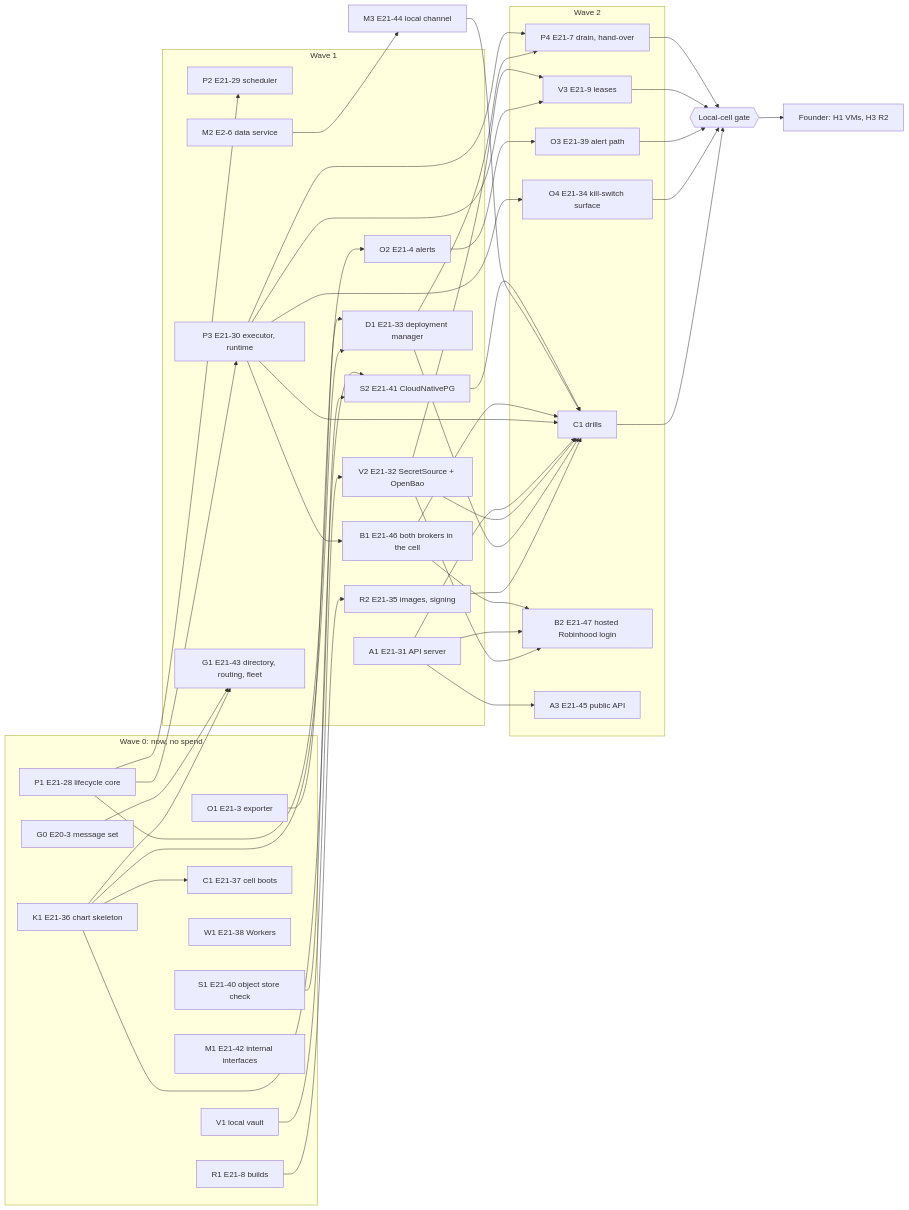
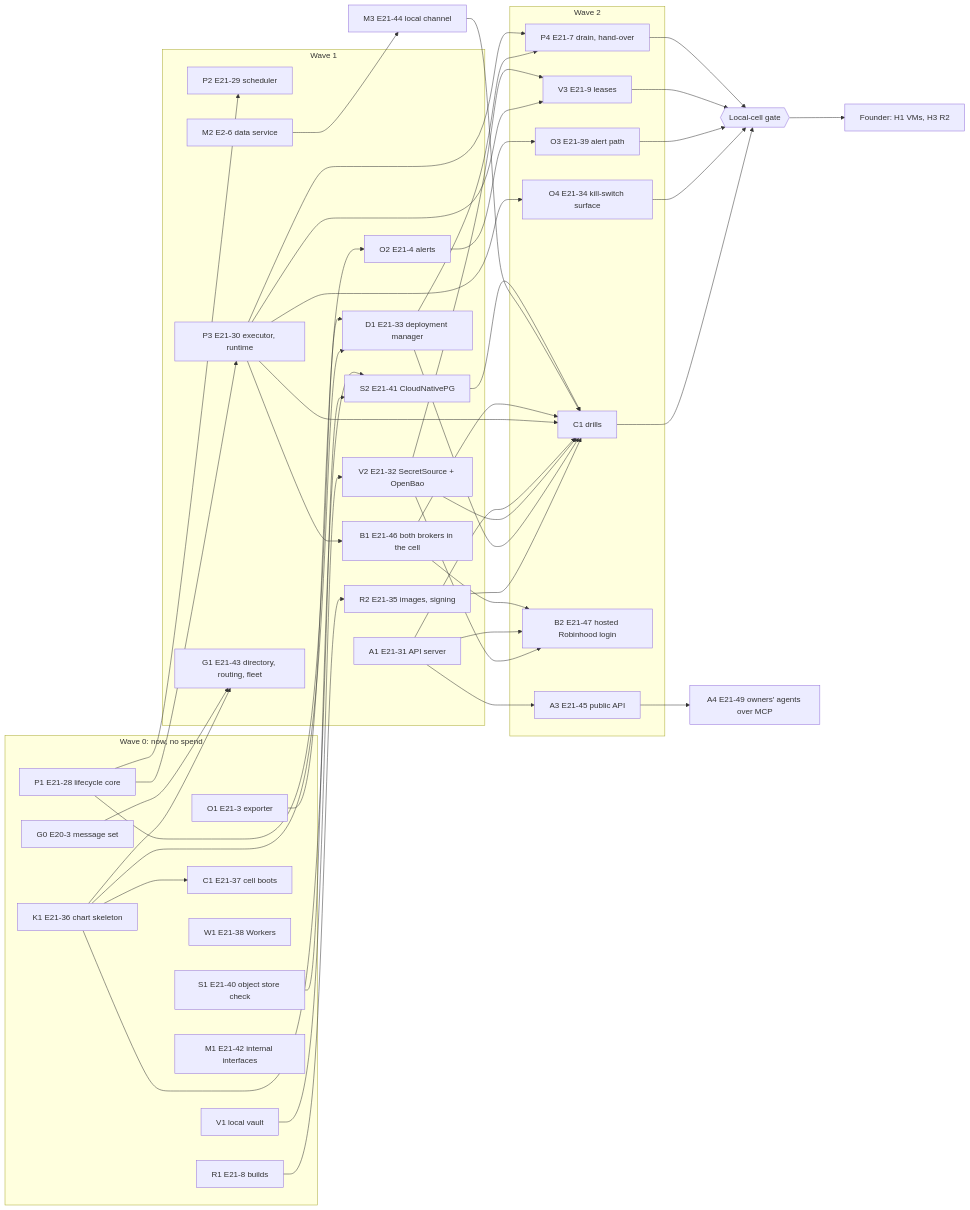
One commit to kunwarshivam/mandate changed the diagram in docs/project/tasks/managed-cells.md. Above: the diagram before and after it, drawn with Mermaid. The commit also changed other lines of this file and 3 other files, not shown here.

First line of the commit message:
Record the founder's confirmation of DEC-967, the approved spend, and owners' agents

````diff
--- a/docs/project/tasks/managed-cells.md
+++ b/docs/project/tasks/managed-cells.md
@@ -313,60 +315,60 @@
 ```mermaid
 flowchart LR
     subgraph W0["Wave 0: now, no spend"]
         P1["P1 E21-28 lifecycle core"]
         V1["V1 local vault"]
         O1["O1 E21-3 exporter"]
         R1["R1 E21-8 builds"]
         K1["K1 E21-36 chart skeleton"]
         C1a["C1 E21-37 cell boots"]
         W1["W1 E21-38 Workers"]
         S1["S1 E21-40 object store check"]
         M1["M1 E21-42 internal interfaces"]
         G0["G0 E20-3 message set"]
     end
     subgraph W1g["Wave 1"]
         P2["P2 E21-29 scheduler"]
         P3["P3 E21-30 executor, runtime"]
         A1["A1 E21-31 API server"]
         V2["V2 E21-32 SecretSource + OpenBao"]
         D1["D1 E21-33 deployment manager"]
         O2["O2 E21-4 alerts"]
         R2["R2 E21-35 images, signing"]
         S2["S2 E21-41 CloudNativePG"]
         M2["M2 E2-6 data service"]
         G1["G1 E21-43 directory, routing, fleet"]
         B1["B1 E21-46 both brokers in the cell"]
     end
     subgraph W2["Wave 2"]
         P4["P4 E21-7 drain, hand-over"]
         V3["V3 E21-9 leases"]
         O3["O3 E21-39 alert path"]
         O4["O4 E21-34 kill-switch surface"]
         C1b["C1 drills"]
         B2["B2 E21-47 hosted Robinhood login"]
         A3["A3 E21-45 public API"]
     end
     G{{"Local-cell gate"}}
     H["Founder: H1 VMs, H3 R2"]
     P1 --> P2 & P3 & D1
     V1 --> V2 --> V3
     P3 --> V3
     O1 --> O2 --> O3
     R1 --> R2
     K1 --> C1a
     K1 --> D1
     S1 --> S2
     K1 --> S2
     S2 --> C1b
     M2 --> M3["M3 E21-44 local channel"] --> C1b
     G0 --> G1
     P3 --> B1 --> C1b
     B1 & A1 & V2 --> B2
-    A1 --> A3
+    A1 --> A3 --> A4["A4 E21-49 owners' agents over MCP"]
     K1 --> G1
     P3 --> P4
     D1 --> P4
     P3 --> O4
     P3 & A1 & V2 & D1 & R2 --> C1b
     P4 & V3 & O3 & O4 & C1b --> G --> H
 ```
````
